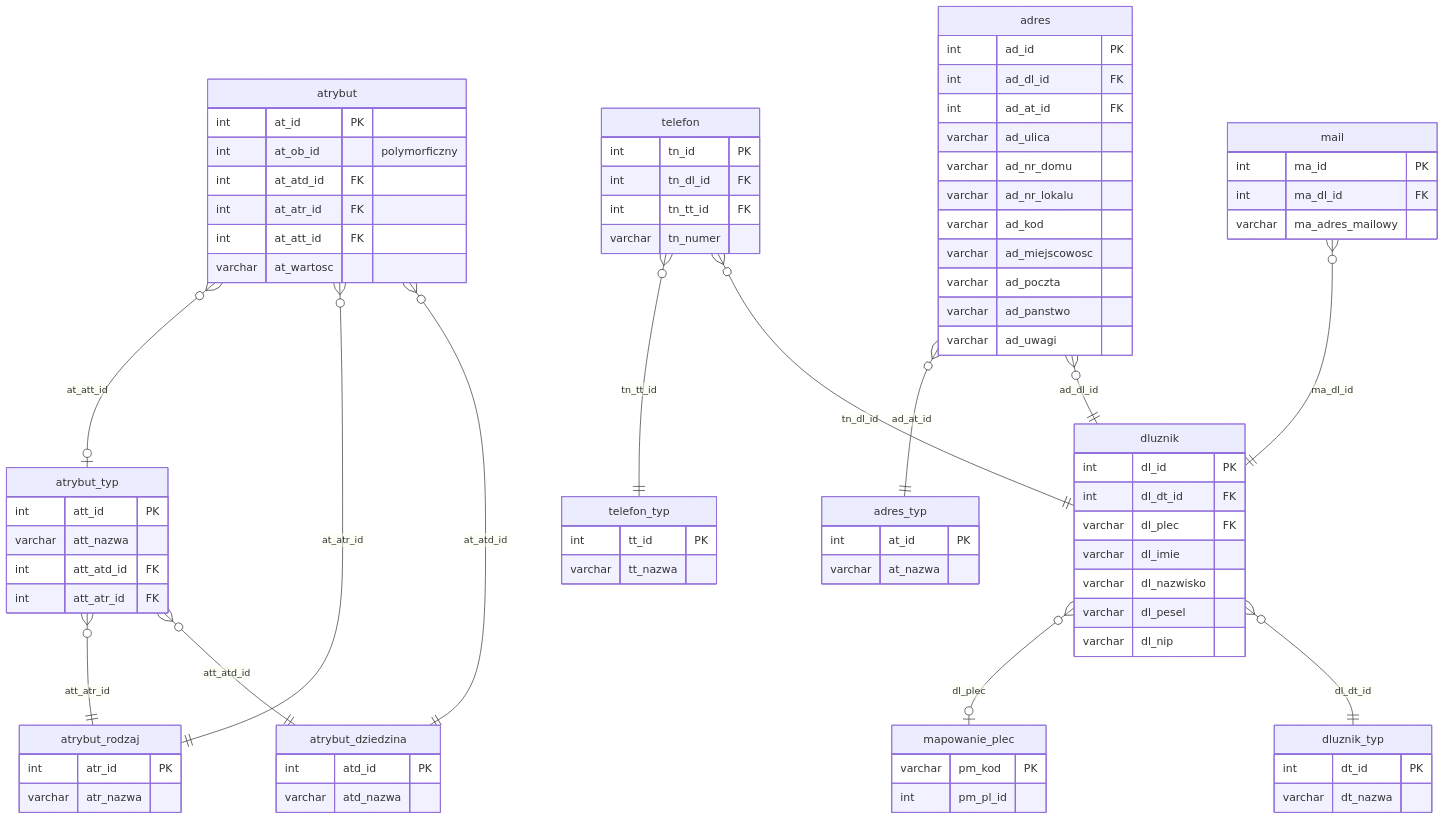
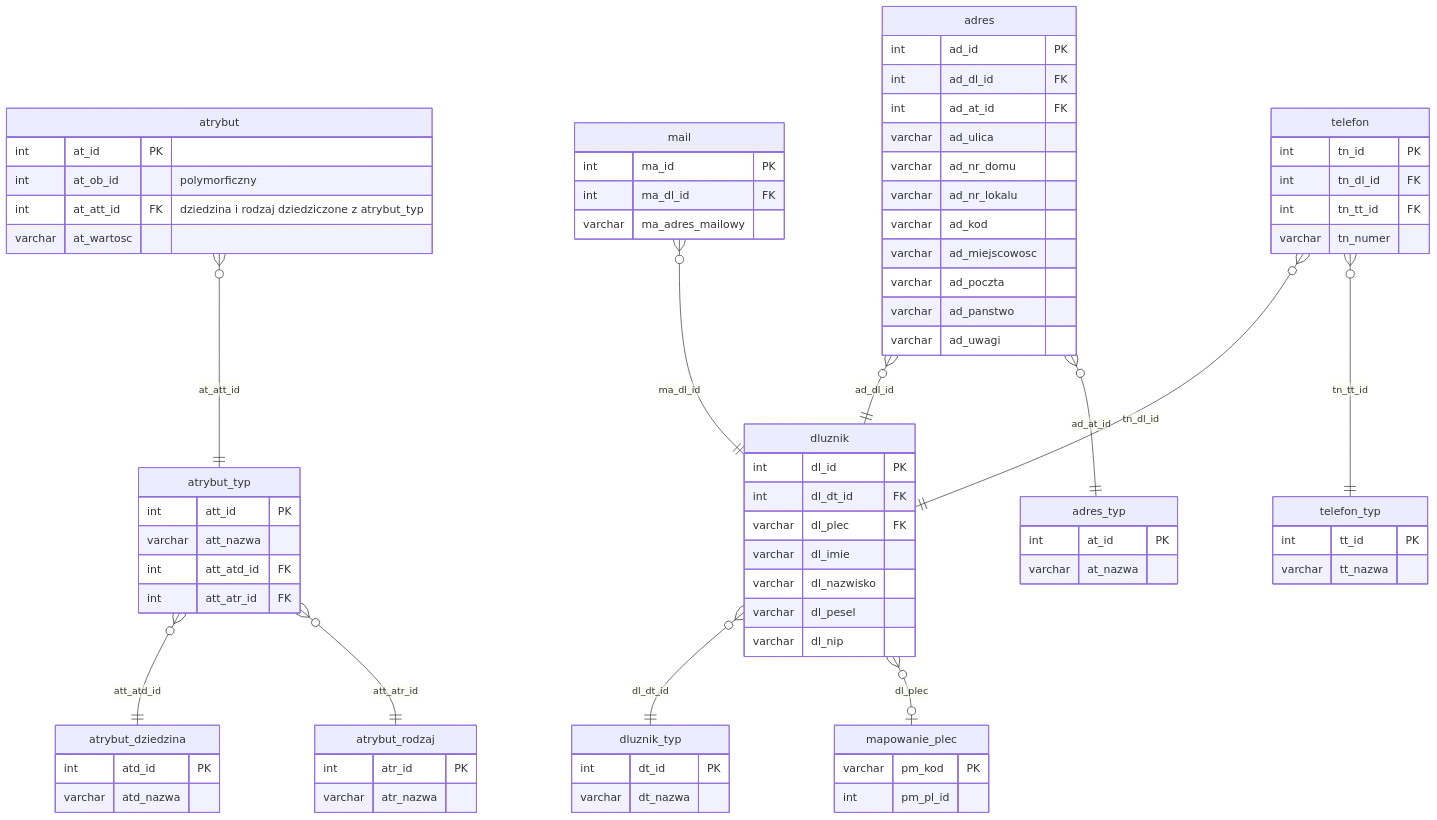
Before and after one commit to oskar-bialek-bakk/intrum-migration-docs: the diagram in diagrams/iter3_kontakt.md, drawn with Mermaid. The commit also changed 8 other files, not shown here.

```diff
--- a/diagrams/iter3_kontakt.md
+++ b/diagrams/iter3_kontakt.md
@@ -42,9 +42,7 @@
     atrybut {
         int     at_id     PK
         int     at_ob_id       "polymorficzny"
-        int     at_atd_id FK
-        int     at_atr_id FK
-        int     at_att_id FK
+        int     at_att_id FK   "dziedzina i rodzaj dziedziczone z atrybut_typ"
         varchar at_wartosc
     }
 
@@ -87,9 +85,7 @@
 
     dluznik     }o--||  dluznik_typ       : "dl_dt_id"
     dluznik     }o--o|  mapowanie_plec    : "dl_plec"
-    atrybut     }o--||  atrybut_dziedzina : "at_atd_id"
-    atrybut     }o--||  atrybut_rodzaj    : "at_atr_id"
-    atrybut     }o--o|  atrybut_typ       : "at_att_id"
+    atrybut     }o--||  atrybut_typ       : "at_att_id"
     atrybut_typ }o--||  atrybut_dziedzina : "att_atd_id"
     atrybut_typ }o--||  atrybut_rodzaj    : "att_atr_id"
     adres       }o--||  dluznik           : "ad_dl_id"
```
